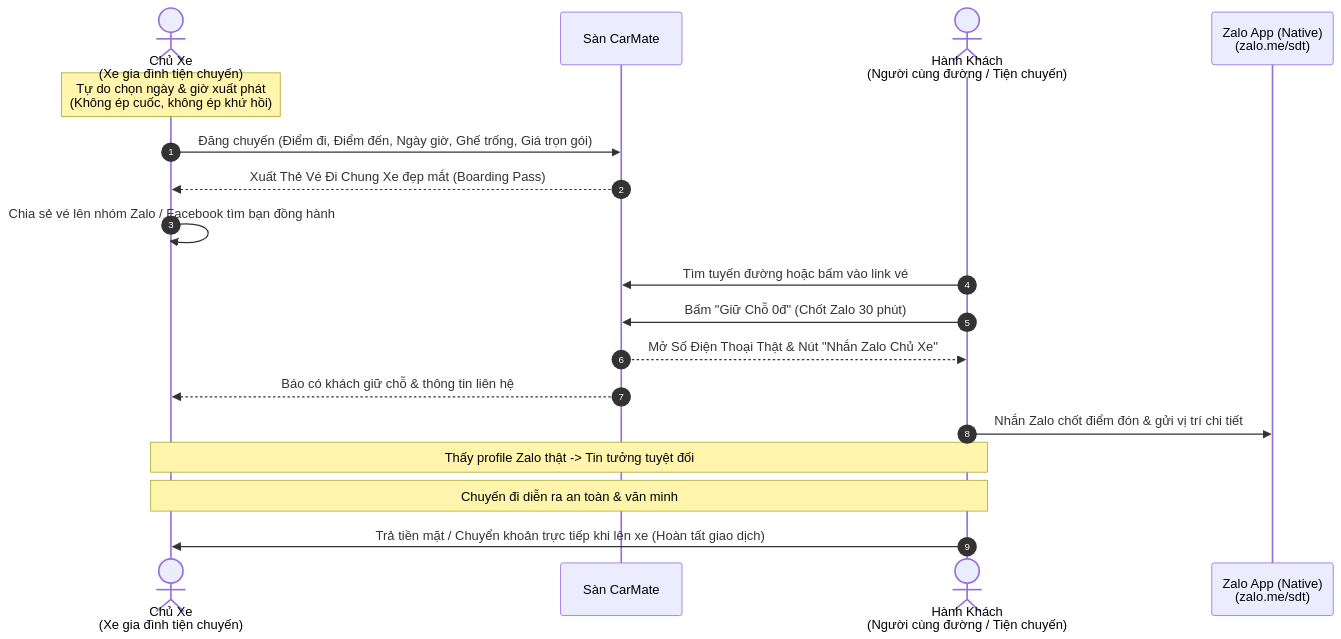
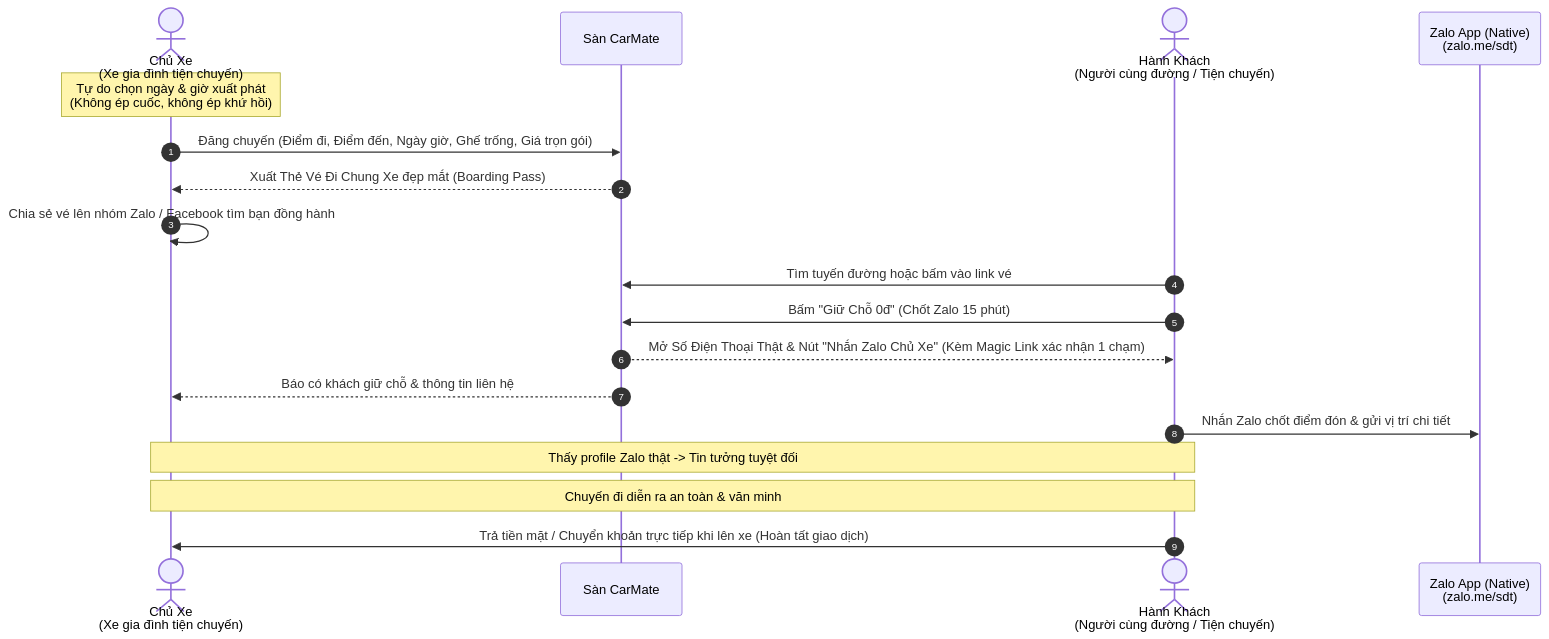
The third of 5 diagrams in ARCHITECTURE.md (brianhuynh2021/carmate), drawn with Mermaid before and after one commit. The commit also changed other lines of this file and 30 other files, not shown here.

````diff
--- a/ARCHITECTURE.md
+++ b/ARCHITECTURE.md
@@ -97,24 +97,24 @@
 ```mermaid
 sequenceDiagram
     autonumber
     actor Driver as Chủ Xe<br>(Xe gia đình tiện chuyến)
     participant Platform as Sàn CarMate
     actor Passenger as Hành Khách<br>(Người cùng đường / Tiện chuyến)
     participant Zalo as Zalo App (Native)<br>(zalo.me/sdt)
 
     Note over Driver: Tự do chọn ngày & giờ xuất phát<br>(Không ép cuốc, không ép khứ hồi)
     Driver->>Platform: Đăng chuyến (Điểm đi, Điểm đến, Ngày giờ, Ghế trống, Giá trọn gói)
     Platform-->>Driver: Xuất Thẻ Vé Đi Chung Xe đẹp mắt (Boarding Pass)
     Driver->>Driver: Chia sẻ vé lên nhóm Zalo / Facebook tìm bạn đồng hành
     
     Passenger->>Platform: Tìm tuyến đường hoặc bấm vào link vé
-    Passenger->>Platform: Bấm "Giữ Chỗ 0đ" (Chốt Zalo 30 phút)
-    Platform-->>Passenger: Mở Số Điện Thoại Thật & Nút "Nhắn Zalo Chủ Xe"
+    Passenger->>Platform: Bấm "Giữ Chỗ 0đ" (Chốt Zalo 15 phút)
+    Platform-->>Passenger: Mở Số Điện Thoại Thật & Nút "Nhắn Zalo Chủ Xe" (Kèm Magic Link xác nhận 1 chạm)
     Platform-->>Driver: Báo có khách giữ chỗ & thông tin liên hệ
     
     Passenger->>Zalo: Nhắn Zalo chốt điểm đón & gửi vị trí chi tiết
     Note over Driver,Passenger: Thấy profile Zalo thật -> Tin tưởng tuyệt đối
     
     Note over Driver,Passenger: Chuyến đi diễn ra an toàn & văn minh
     Passenger->>Driver: Trả tiền mặt / Chuyển khoản trực tiếp khi lên xe (Hoàn tất giao dịch)
 ```
````
